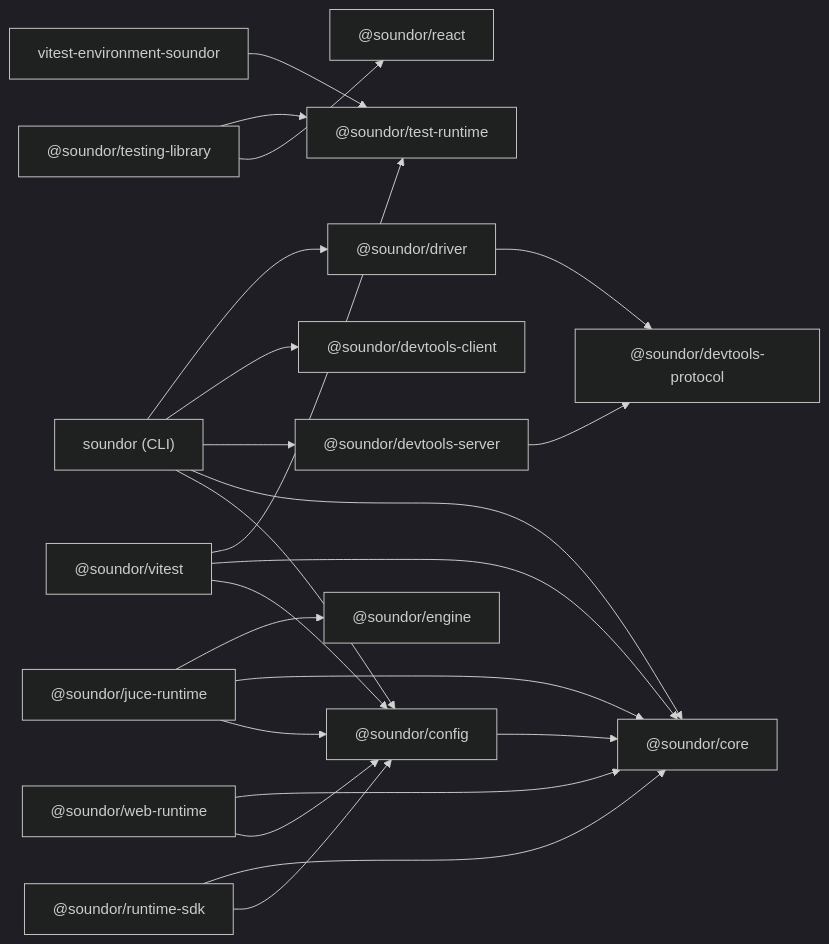
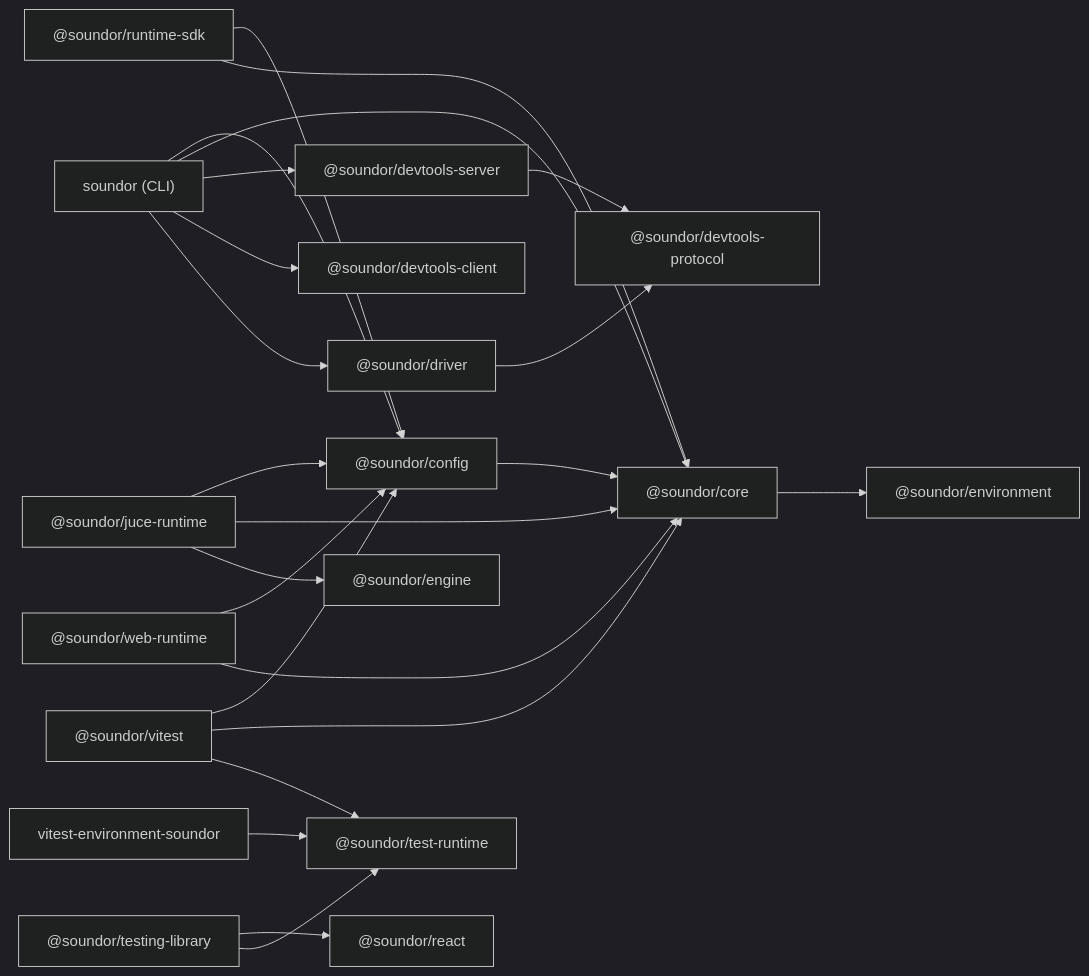
The diagram in apps/website/content/docs/contribute/packages.md (soundor/soundor), drawn with Mermaid (dark theme) before and after one commit. The commit also changed other lines of this file and 36 other files, not shown here.

First line of the commit message:
refactor: @soundor/environment is the source of the static declarations

````diff
--- a/apps/website/content/docs/contribute/packages.md
+++ b/apps/website/content/docs/contribute/packages.md
@@ -24,24 +24,25 @@
 ```mermaid
 flowchart LR
     cli["soundor (CLI)"] --> config["@soundor/config"]
     cli --> core["@soundor/core"]
     cli --> dtserver["@soundor/devtools-server"]
     cli --> dtclient["@soundor/devtools-client"]
     cli --> driver["@soundor/driver"]
     driver --> dtprotocol
     dtserver --> dtprotocol["@soundor/devtools-protocol"]
     config --> core
+    core --> environment["@soundor/environment"]
     sdk["@soundor/runtime-sdk"] --> config
     sdk --> core
     juce["@soundor/juce-runtime"] --> config
     juce --> core
     juce --> engine["@soundor/engine"]
     web["@soundor/web-runtime"] --> config
     web --> core
     vitest["@soundor/vitest"] --> config
     vitest --> core
     vitest --> testruntime["@soundor/test-runtime"]
     env["vitest-environment-soundor"] --> testruntime
     tl["@soundor/testing-library"] --> react["@soundor/react"]
     tl --> testruntime
 ```
````
